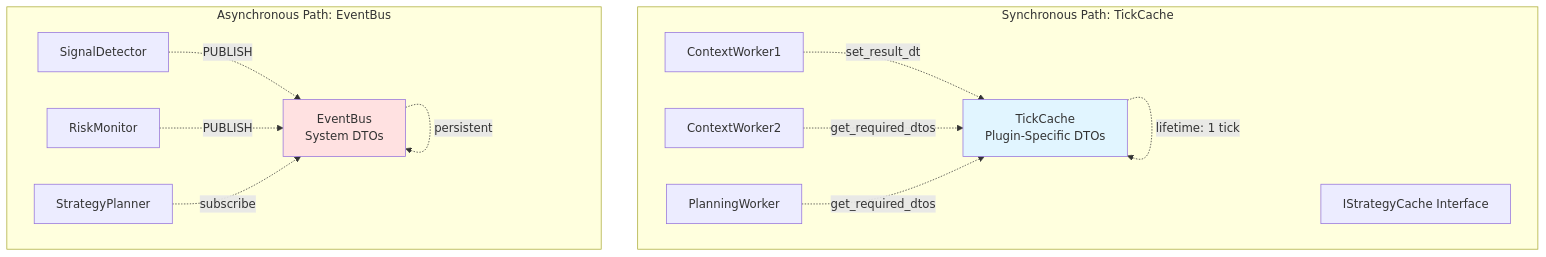
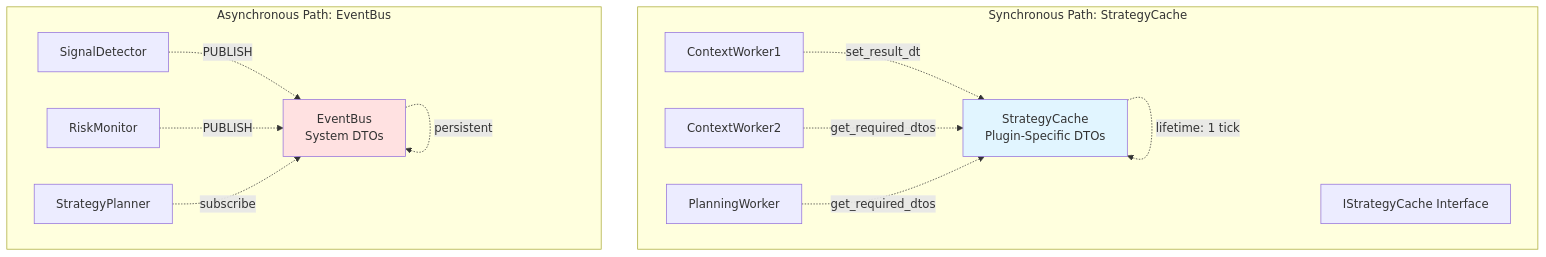
The first of 2 diagrams in docs/architecture/DATA_FLOW.md (MikeyVK/S1mpleTraderV3), drawn with Mermaid before and after one commit. The commit also changed other lines of this file and 29 other files, not shown here.

````diff
--- a/docs/architecture/DATA_FLOW.md
+++ b/docs/architecture/DATA_FLOW.md
@@ -12,23 +12,23 @@
 ```mermaid
 graph TB
-    subgraph "Synchronous Path: TickCache"
-        TC[TickCache<br/>Plugin-Specific DTOs]
+    subgraph "Synchronous Path: StrategyCache"
+        TC[StrategyCache<br/>Plugin-Specific DTOs]
         ISC[IStrategyCache Interface]
         CW1[ContextWorker1] -.set_result_dto.-> TC
         CW2[ContextWorker2] -.get_required_dtos.-> TC
         PW[PlanningWorker] -.get_required_dtos.-> TC
     end
     
     subgraph "Asynchronous Path: EventBus"
         Bus[EventBus<br/>System DTOs]
         OW[SignalDetector] -.PUBLISH.-> Bus
         TW[RiskMonitor] -.PUBLISH.-> Bus
         SP[StrategyPlanner] -.subscribe.-> Bus
     end
     
     TC -.lifetime: 1 tick.-> TC
     Bus -.persistent.-> Bus
     
     style TC fill:#e1f5ff
     style Bus fill:#ffe1e1
 ```
````
